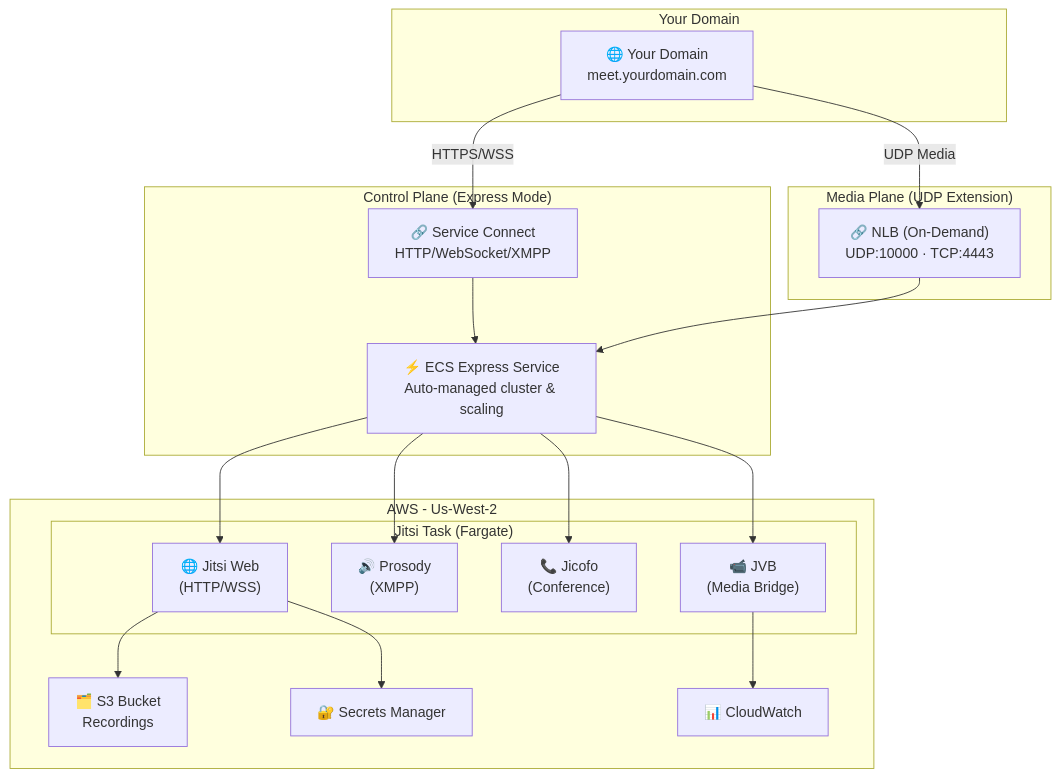
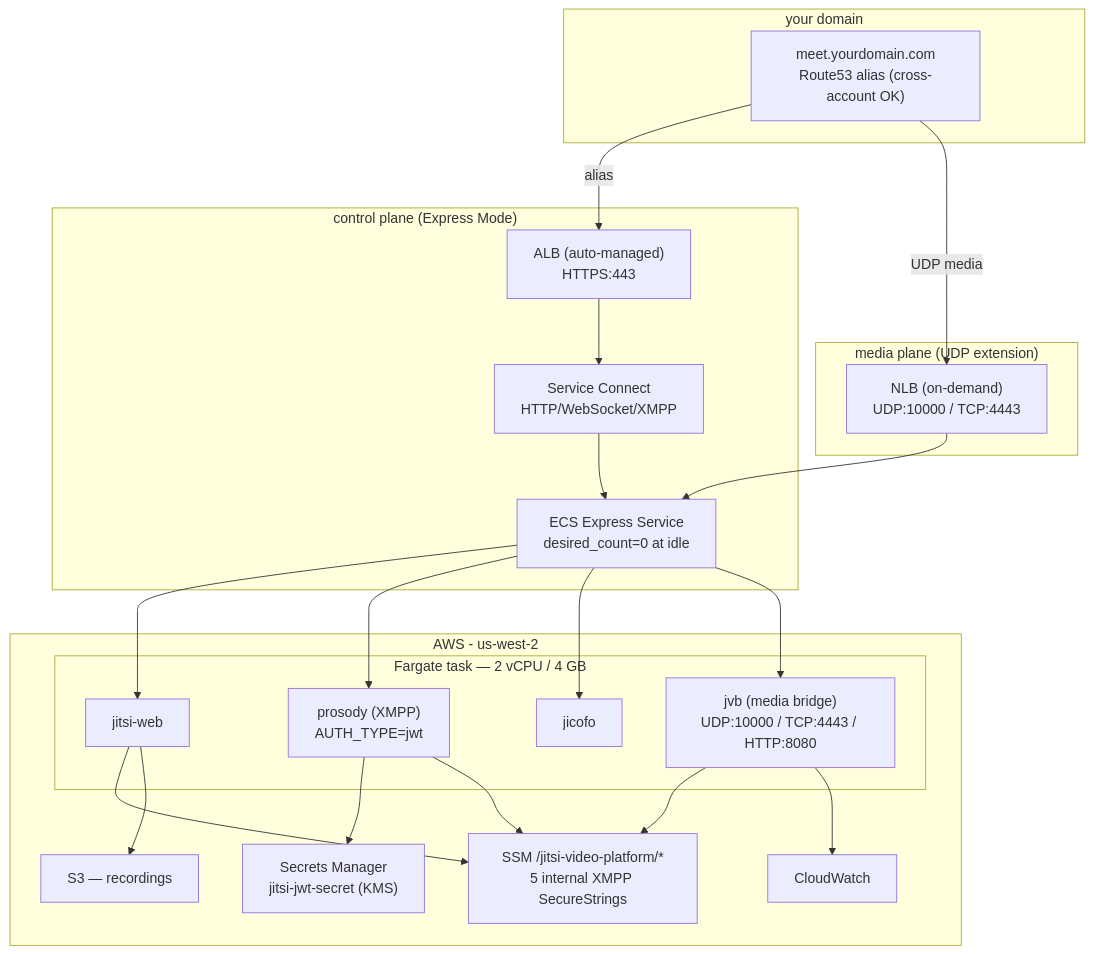
Before and after one commit to chasko-labs/jitsi-video-hosting: the second of 6 diagrams in README.md, drawn with Mermaid. The commit also changed other lines of this file and 8 other files, not shown here.

First line of the commit message:
docs: reflect 4-container stack restore + JWT auth wiring (#29)

````diff
--- a/README.md
+++ b/README.md
@@ -139,40 +149,46 @@
 ```mermaid
 graph TB
-    subgraph "Control Plane (Express Mode)"
-        SC["🔗 Service Connect<br/>HTTP/WebSocket/XMPP"]
-        EXSVC["⚡ ECS Express Service<br/>Auto-managed cluster & scaling"]
-    end
-    
-    subgraph "Media Plane (UDP Extension)"  
-        NLB["🔗 NLB (On-Demand)<br/>UDP:10000 · TCP:4443"]
+    subgraph "control plane (Express Mode)"
+        SC["Service Connect<br/>HTTP/WebSocket/XMPP"]
+        ALB["ALB (auto-managed)<br/>HTTPS:443"]
+        EXSVC["ECS Express Service<br/>desired_count=0 at idle"]
     end
 
-    subgraph "Your Domain"
-        A["🌐 Your Domain<br/>meet.yourdomain.com"]
+    subgraph "media plane (UDP extension)"
+        NLB["NLB (on-demand)<br/>UDP:10000 / TCP:4443"]
     end
 
-    subgraph "AWS - Us-West-2"
-        subgraph "Jitsi Task (Fargate)"
-            WEBX["🌐 Jitsi Web<br/>(HTTP/WSS)"]
-            PROSX["🔊 Prosody<br/>(XMPP)"]
-            JICX["📞 Jicofo<br/>(Conference)"]
-            JVBX["📹 JVB<br/>(Media Bridge)"]
+    subgraph "your domain"
+        A["meet.yourdomain.com<br/>Route53 alias (cross-account OK)"]
+    end
+
+    subgraph "AWS - us-west-2"
+        subgraph "Fargate task — 2 vCPU / 4 GB"
+            WEBX["jitsi-web"]
+            PROSX["prosody (XMPP)<br/>AUTH_TYPE=jwt"]
+            JICX["jicofo"]
+            JVBX["jvb (media bridge)<br/>UDP:10000 / TCP:4443 / HTTP:8080"]
         end
 
-        S3X["🗂️ S3 Bucket<br/>Recordings"]
-        SECX["🔐 Secrets Manager"]
-        CWX["📊 CloudWatch"]
+        SSM["SSM /jitsi-video-platform/*<br/>5 internal XMPP SecureStrings"]
+        SM["Secrets Manager<br/>jitsi-jwt-secret (KMS)"]
+        S3X["S3 — recordings"]
+        CWX["CloudWatch"]
     end
 
-    A -->|HTTPS/WSS| SC
-    A -->|UDP Media| NLB
+    A -->|alias| ALB
+    A -->|UDP media| NLB
+    ALB --> SC
     SC --> EXSVC
     NLB --> EXSVC
     EXSVC --> WEBX
-    EXSVC --> PROSX  
+    EXSVC --> PROSX
     EXSVC --> JICX
     EXSVC --> JVBX
+    PROSX --> SM
+    WEBX --> SSM
+    PROSX --> SSM
+    JVBX --> SSM
     WEBX --> S3X
-    WEBX --> SECX
     JVBX --> CWX
 ```
````
